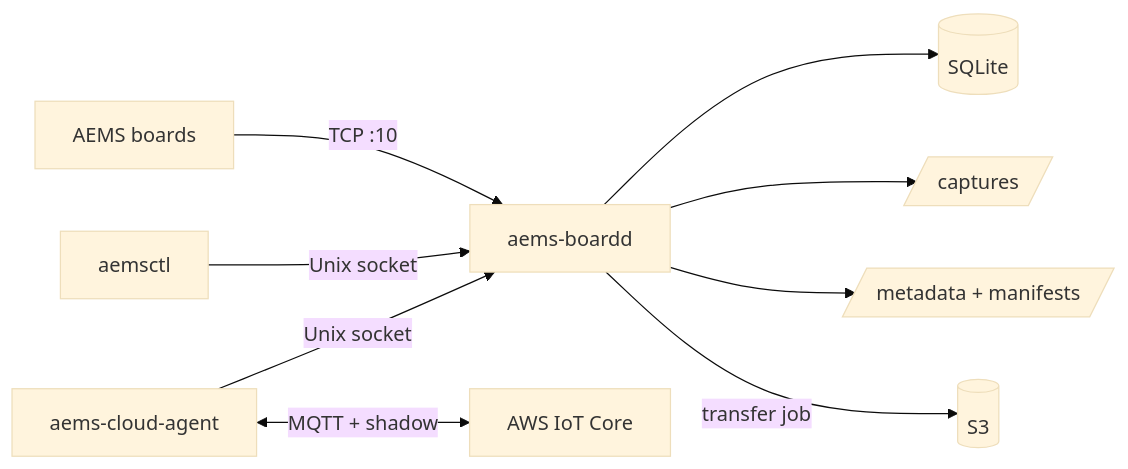
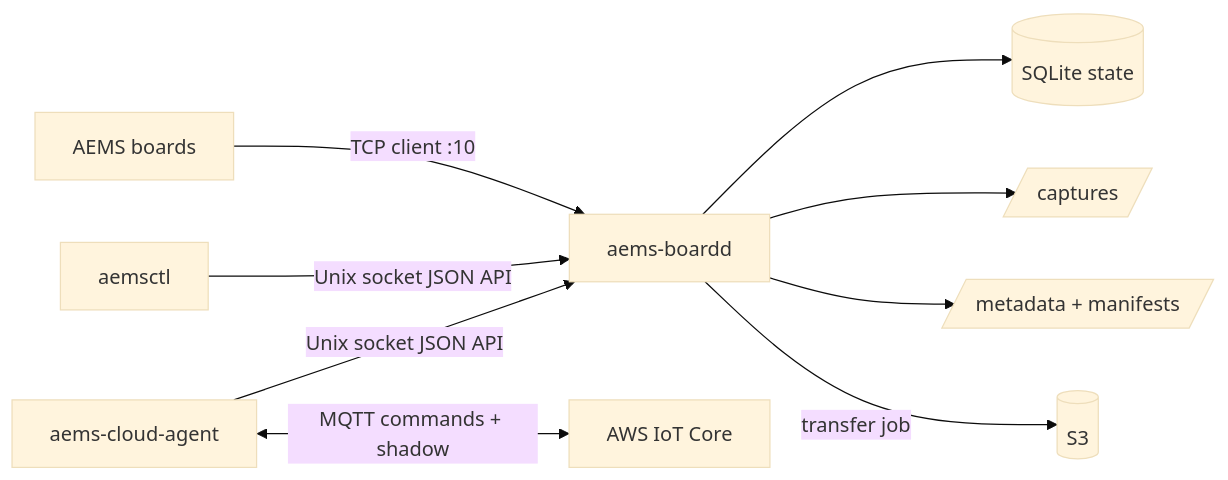
The diagram in BoardInterfaceLibrary/docs/cloud_autonomy.md (vigneshuw/aems), drawn with Mermaid (base theme) before and after one commit. The commit also changed other lines of this file and 8 other files, not shown here.

````diff
--- a/BoardInterfaceLibrary/docs/cloud_autonomy.md
+++ b/BoardInterfaceLibrary/docs/cloud_autonomy.md
@@ -21,11 +19,11 @@
 ```mermaid
 flowchart LR
-    B[AEMS boards] -->|TCP :10| D[aems-boardd]
-    D --> DB[(SQLite)]
+    B[AEMS boards] -->|TCP client :10| D[aems-boardd]
+    D --> DB[(SQLite state)]
     D --> C[/captures/]
     D --> M[/metadata + manifests/]
-    CLI[aemsctl] -->|Unix socket| D
-    AG[aems-cloud-agent] -->|Unix socket| D
-    AG <-->|MQTT + shadow| IOT[AWS IoT Core]
+    CLI[aemsctl] -->|Unix socket JSON API| D
+    AG[aems-cloud-agent] -->|Unix socket JSON API| D
+    AG <-->|MQTT commands + shadow| IOT[AWS IoT Core]
     D -->|transfer job| S3[(S3)]
 ```
````
